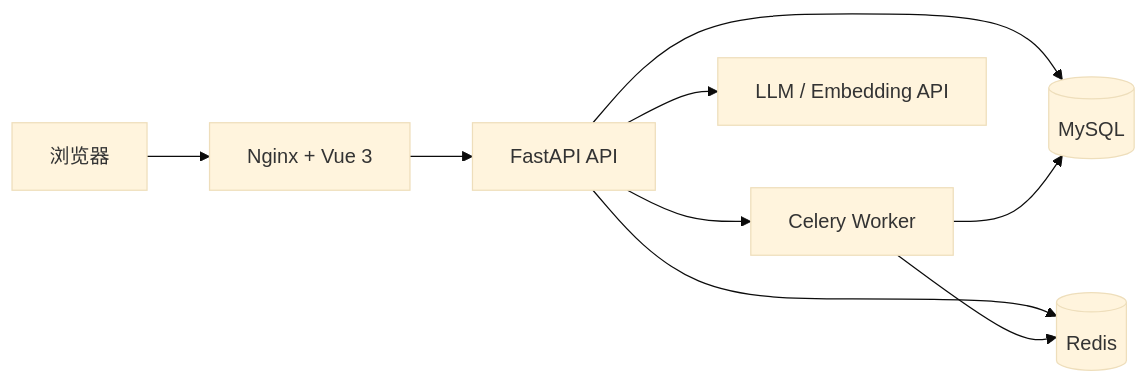
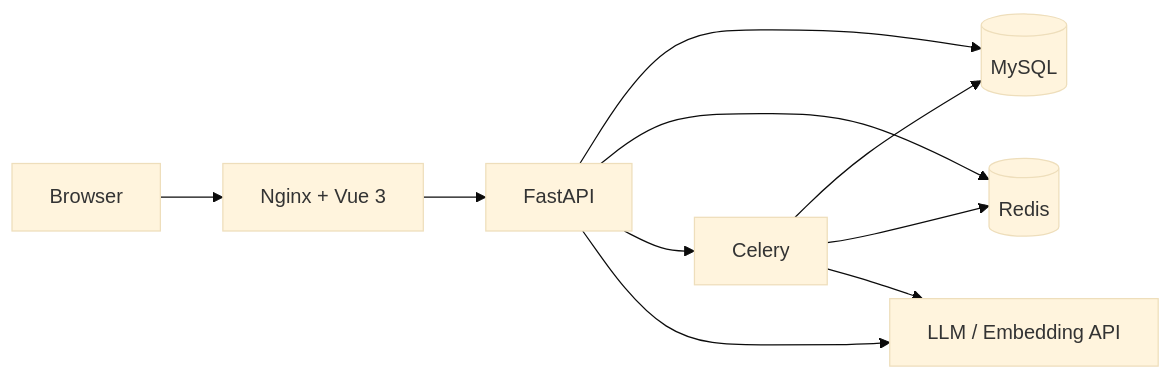
The second of 2 diagrams in README.md (CodingFeng101/UniGraph), drawn with Mermaid (base theme) before and after one commit. The commit also changed other lines of this file and 169 other files, not shown here.

````diff
--- a/README.md
+++ b/README.md
@@ -34,11 +49,12 @@
 ```mermaid
 flowchart LR
-    U["浏览器"] --> N["Nginx + Vue 3"]
-    N --> A["FastAPI API"]
-    A --> M[("MySQL")]
-    A --> R[("Redis")]
-    A --> W["Celery Worker"]
-    W --> M
-    W --> R
-    A --> L["LLM / Embedding API"]
+    User["Browser"] --> Web["Nginx + Vue 3"]
+    Web --> API["FastAPI"]
+    API --> DB[("MySQL")]
+    API --> Cache[("Redis")]
+    API --> Worker["Celery"]
+    Worker --> DB
+    Worker --> Cache
+    API --> AI["LLM / Embedding API"]
+    Worker --> AI
 ```
````
